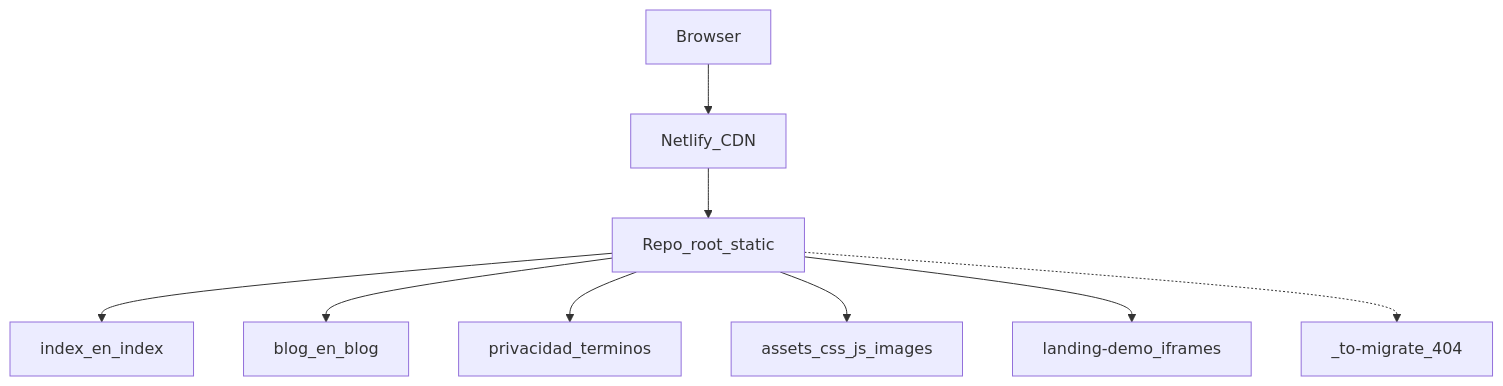
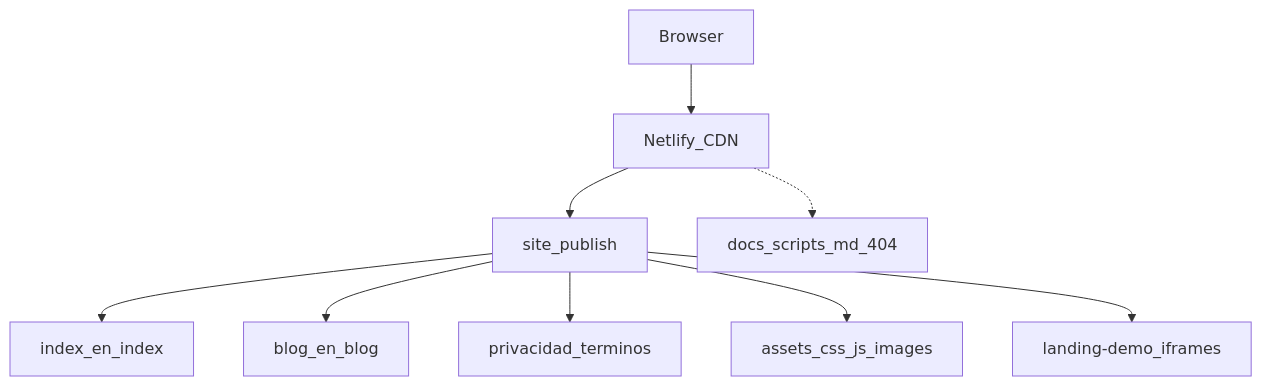
The diagram in ARCHITECTURE.md (Tukoteam/tuko-landing), drawn with Mermaid before and after one commit. The commit also changed other lines of this file and 167 other files, not shown here.

First line of the commit message:
chore: publish only site/ and unify Netlify config

````diff
--- a/ARCHITECTURE.md
+++ b/ARCHITECTURE.md
@@ -5,13 +5,13 @@
 ```mermaid
 flowchart TB
   Browser[Browser]
   Netlify[Netlify_CDN]
-  Root[Repo_root_static]
-  Browser --> Netlify --> Root
-  Root --> Home[index_en_index]
-  Root --> Blog[blog_en_blog]
-  Root --> Legal[privacidad_terminos]
-  Root --> Assets[assets_css_js_images]
-  Root --> Demo[landing-demo_iframes]
-  Root -.-> Migrate[_to-migrate_404]
+  Site[site_publish]
+  Browser --> Netlify --> Site
+  Site --> Home[index_en_index]
+  Site --> Blog[blog_en_blog]
+  Site --> Legal[privacidad_terminos]
+  Site --> Assets[assets_css_js_images]
+  Site --> Demo[landing-demo_iframes]
+  Netlify -.-> Private[docs_scripts_md_404]
 ```
````
